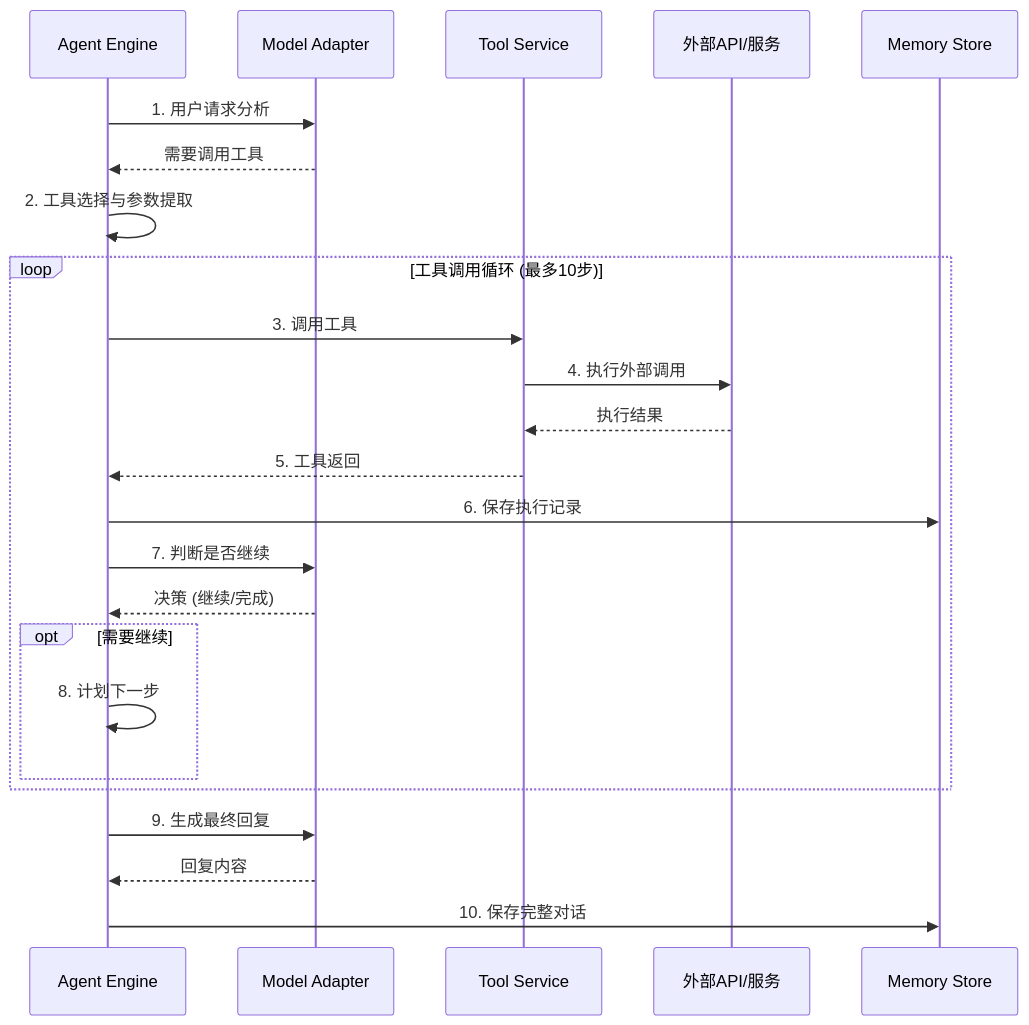
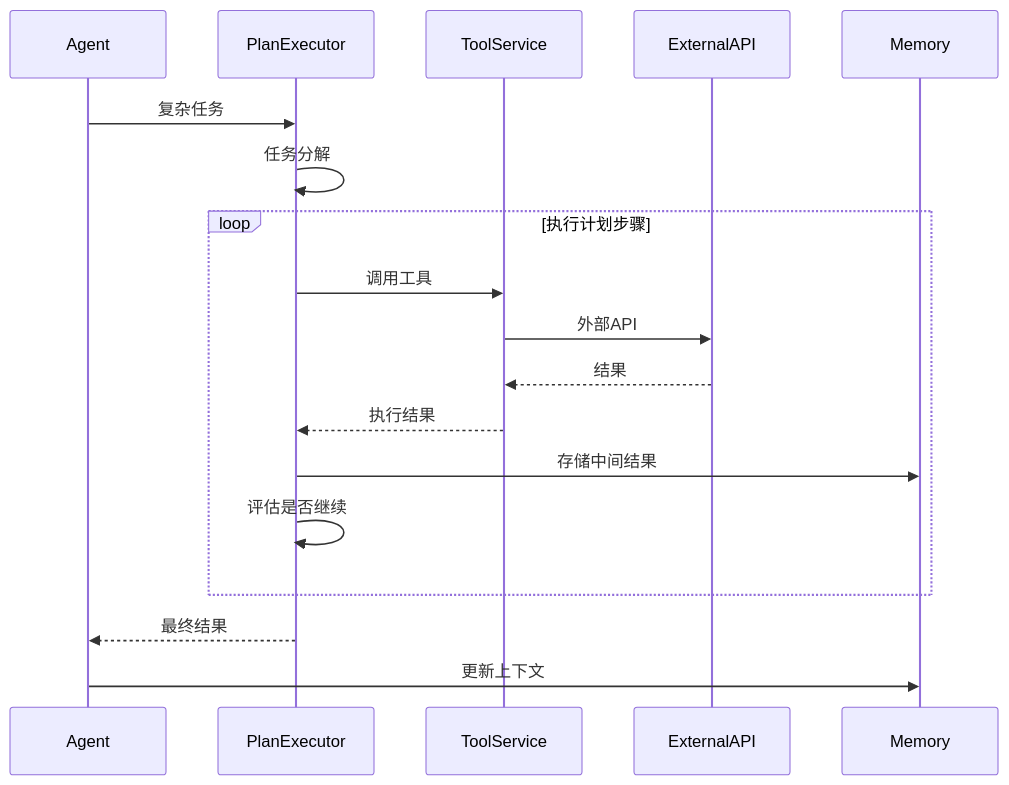
Before and after one commit to haoyunlt/VoiceAssistant: the fourth of 4 diagrams in docs/arch/overview.md, drawn with Mermaid. The commit also changed other lines of this file and 309 other files, not shown here.

````diff
--- a/docs/arch/overview.md
+++ b/docs/arch/overview.md
@@ -154,34 +196,24 @@
 ```mermaid
 sequenceDiagram
-    participant Agent as Agent Engine
-    participant Model as Model Adapter
-    participant Tools as Tool Service
-    participant External as 外部API/服务
-    participant Memory as Memory Store
+    participant Agent
+    participant PlanExecutor
+    participant ToolService
+    participant ExternalAPI
+    participant Memory
 
-    Agent->>Model: 1. 用户请求分析
-    Model-->>Agent: 需要调用工具
+    Agent->>PlanExecutor: 复杂任务
+    PlanExecutor->>PlanExecutor: 任务分解
 
-    Agent->>Agent: 2. 工具选择与参数提取
+    loop 执行计划步骤
+        PlanExecutor->>ToolService: 调用工具
+        ToolService->>ExternalAPI: 外部API
+        ExternalAPI-->>ToolService: 结果
+        ToolService-->>PlanExecutor: 执行结果
 
-    loop 工具调用循环 (最多10步)
-        Agent->>Tools: 3. 调用工具
-        Tools->>External: 4. 执行外部调用
-        External-->>Tools: 执行结果
-        Tools-->>Agent: 5. 工具返回
-
-        Agent->>Memory: 6. 保存执行记录
-
-        Agent->>Model: 7. 判断是否继续
-        Model-->>Agent: 决策 (继续/完成)
-
-        opt 需要继续
-            Agent->>Agent: 8. 计划下一步
-        end
+        PlanExecutor->>Memory: 存储中间结果
+        PlanExecutor->>PlanExecutor: 评估是否继续
     end
 
-    Agent->>Model: 9. 生成最终回复
-    Model-->>Agent: 回复内容
-
-    Agent->>Memory: 10. 保存完整对话
+    PlanExecutor-->>Agent: 最终结果
+    Agent->>Memory: 更新上下文
 ```
````
